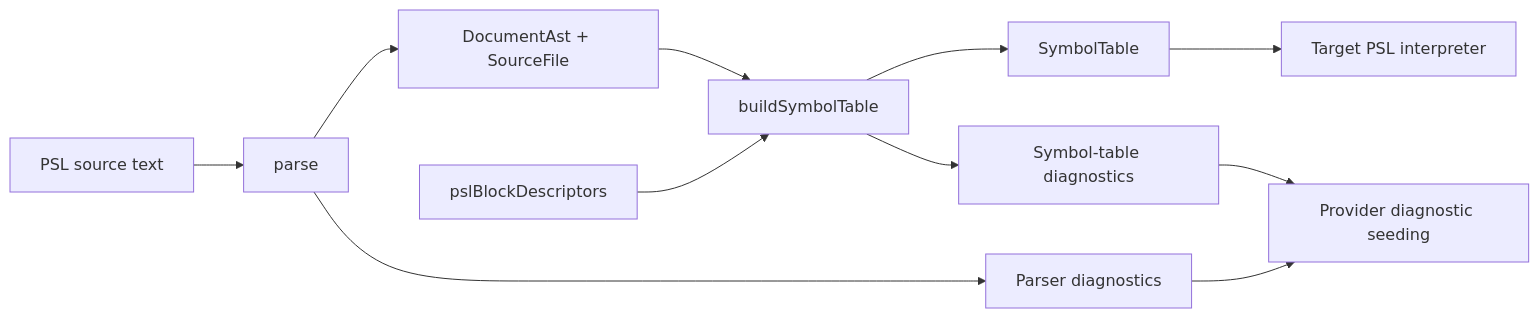
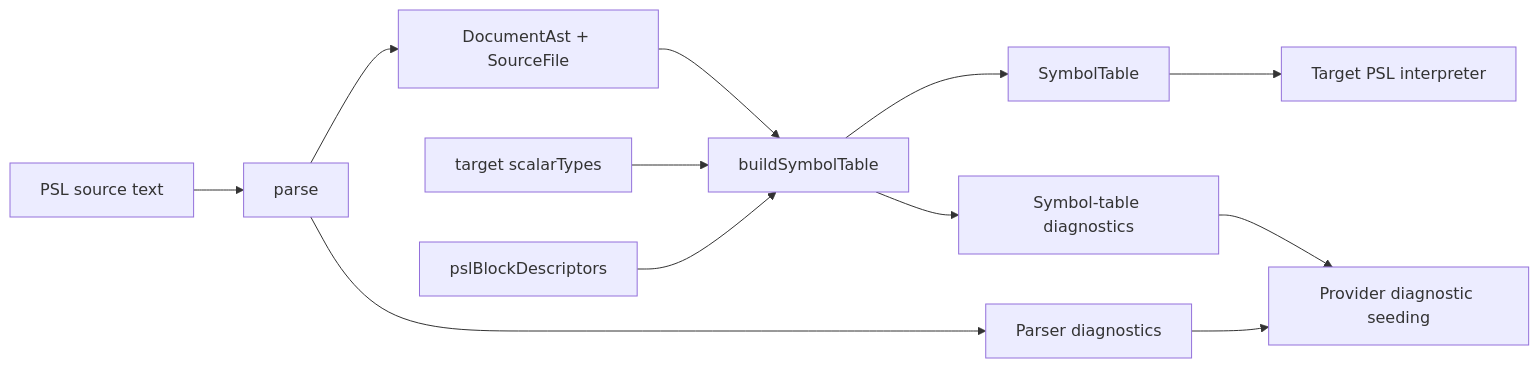
Before and after one commit to prisma/orm: the diagram in packages/1-framework/2-authoring/psl-parser/README.md, drawn with Mermaid. The commit also changed other lines of this file and 9 other files, not shown here.

````diff
--- a/packages/1-framework/2-authoring/psl-parser/README.md
+++ b/packages/1-framework/2-authoring/psl-parser/README.md
@@ -83,13 +61,14 @@
 ```mermaid
 flowchart LR
   PSL[PSL source text] --> Parse[parse]
   Parse --> CST[DocumentAst + SourceFile]
   Parse --> ParseDiagnostics[Parser diagnostics]
   CST --> Symbols[buildSymbolTable]
+  Scalars[target scalarTypes] --> Symbols
   Descriptors[pslBlockDescriptors] --> Symbols
   Symbols --> SymbolTable[SymbolTable]
   Symbols --> SymbolDiagnostics[Symbol-table diagnostics]
   SymbolTable --> Interpreter[Target PSL interpreter]
   ParseDiagnostics --> Provider[Provider diagnostic seeding]
   SymbolDiagnostics --> Provider
 ```
````
